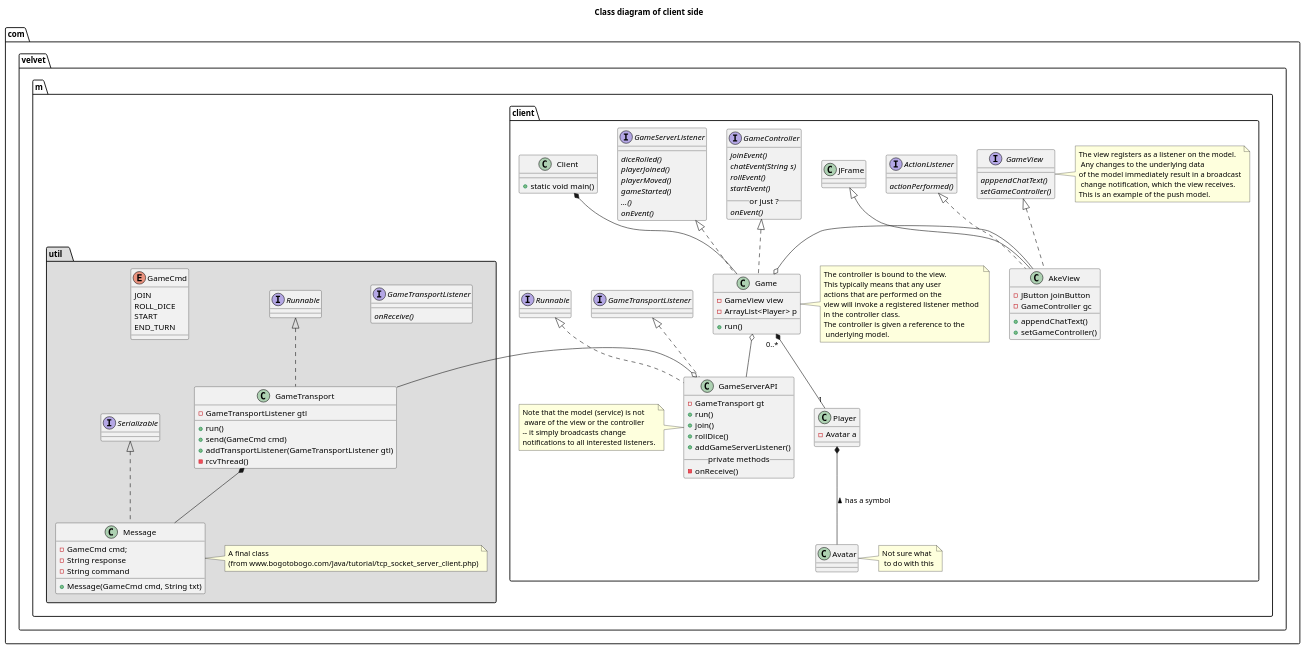
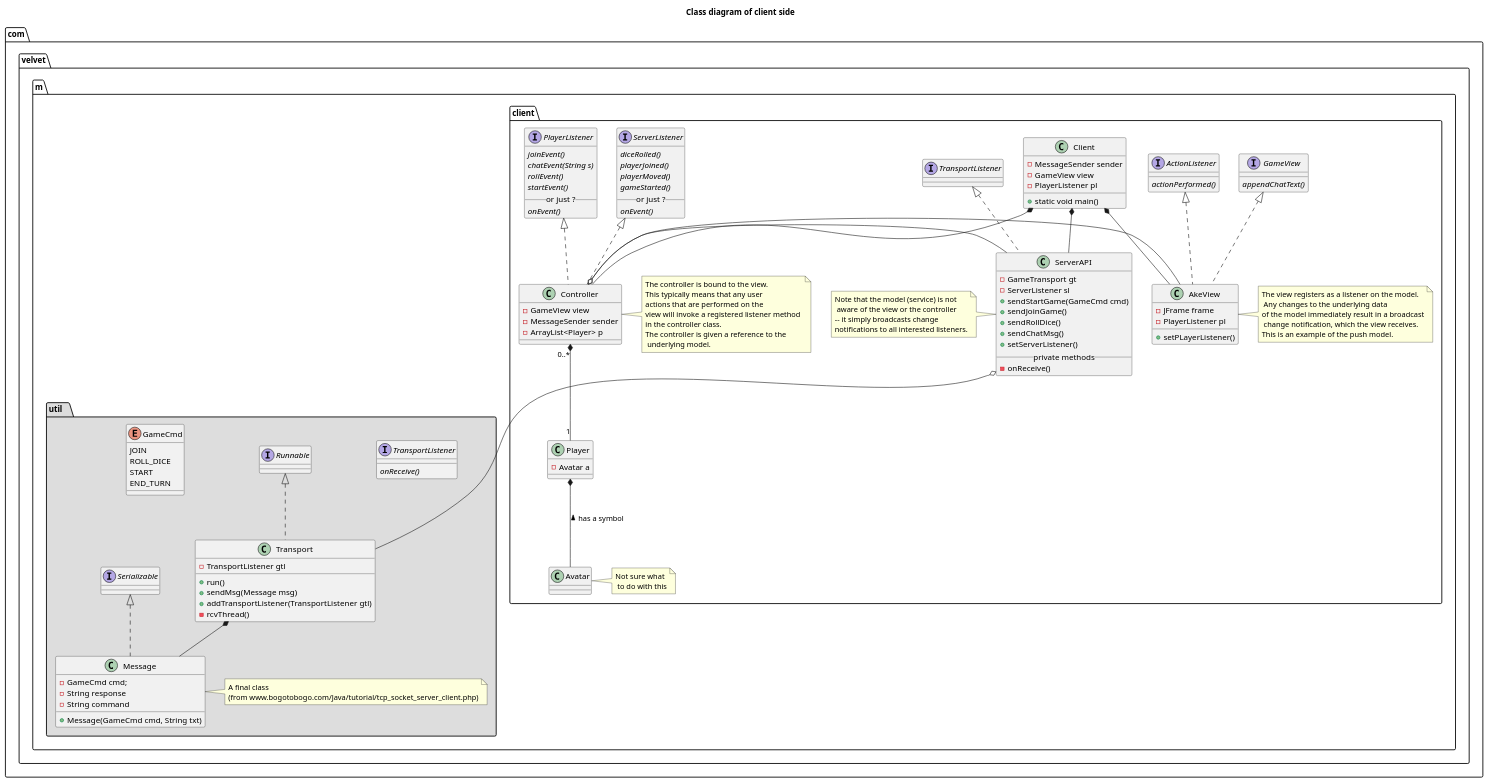
Before and after one commit to bombjack99/silly: the diagram in m/uml/Client_class.puml, drawn with PlantUML. The commit also changed 1 other file, not shown here.

Commit message:
Updated UML (client class diagram)

```diff
--- a/m/uml/Client_class.puml
+++ b/m/uml/Client_class.puml
@@ -1,113 +1,116 @@
 @startuml
 
 title Class diagram of client side
 
 package com.velvet.m.client {
 
-interface GameServerListener{
+interface ServerListener{
 {abstract} diceRolled()
 {abstract} playerJoined()
 {abstract} playerMoved()
 {abstract} gameStarted()
-{abstract} ...()
+__ or just ? __
 {abstract} onEvent()
 }
+
 interface ActionListener {
 {abstract} actionPerformed()
 }
 
-interface GameController {
+interface PlayerListener {
 {abstract} joinEvent()
 {abstract} chatEvent(String s)
 {abstract} rollEvent()
 {abstract} startEvent()
 __ or just ? __
 {abstract} onEvent()
 }
 
 interface GameView {
-{abstract} apppendChatText()
-{abstract} setGameController()
-}
-
-package "com.velvet.m.util   " #DDDDDD {
-interface GameTransportListener {
-{abstract} onReceive()
-}
+{abstract} appendChatText()
 }
 
 class Client {
+- MessageSender sender
+- GameView view
+- PlayerListener pl
 + static void main()
 }
 
-class Game implements GameController {
+class Controller implements PlayerListener, ServerListener {
 - GameView view
+- MessageSender sender
 - ArrayList<Player> p
-+ run()
 }
-note right of Game: The controller is bound to the view. \nThis typically means that any user \nactions that are performed on the \nview will invoke a registered listener method \nin the controller class. \nThe controller is given a reference to the\n underlying model.
+note right of Controller: The controller is bound to the view. \nThis typically means that any user \nactions that are performed on the \nview will invoke a registered listener method \nin the controller class. \nThe controller is given a reference to the\n underlying model.
 
-class AkeView extends JFrame implements GameView, ActionListener {
-- JButton joinButton
-- GameController gc
-+ appendChatText()
-+ setGameController()
+class AkeView implements GameView, ActionListener {
+- JFrame frame
+- PlayerListener pl
++ setPLayerListener()
 }
-note right of (GameView): The view registers as a listener on the model.\n Any changes to the underlying data \nof the model immediately result in a broadcast\n change notification, which the view receives. \nThis is an example of the push model.
+note right of (AkeView): The view registers as a listener on the model.\n Any changes to the underlying data \nof the model immediately result in a broadcast\n change notification, which the view receives. \nThis is an example of the push model.
 
 class Player {
 - Avatar a
 }
 
 class Avatar
 note right: Not sure what\n to do with this
 
-class GameServerAPI implements Runnable, GameTransportListener {
+class ServerAPI implements TransportListener {
 - GameTransport gt
-+run()
-+join()
-+rollDice()
-+ addGameServerListener()
+- ServerListener sl
++ sendStartGame(GameCmd cmd)
++ sendJoinGame()
++ sendRollDice()
++ sendChatMsg()
++ setServerListener()
 __  private methods  __
 - onReceive()
 }
-note left of GameServerAPI: Note that the model (service) is not\n aware of the view or the controller \n-- it simply broadcasts change \nnotifications to all interested listeners.
+note left of ServerAPI: Note that the model (service) is not\n aware of the view or the controller \n-- it simply broadcasts change \nnotifications to all interested listeners.
 
 package "com.velvet.m.util   " #DDDDDD {
-class GameTransport implements Runnable {
-- GameTransportListener gtl
-+ run()
-+ send(GameCmd cmd)
-+ addTransportListener(GameTransportListener gtl)
-- rcvThread()
+interface TransportListener {
+  {abstract} onReceive()
  }
 
-  class Message implements Serializable {
- 	- GameCmd cmd;
- 	- String response
- 	- String command
- 	+ Message(GameCmd cmd, String txt)
+class Transport implements Runnable {
+ - TransportListener gtl
+ + run()
+ + sendMsg(Message msg)
+ + addTransportListener(TransportListener gtl)
+ - rcvThread()
+ }
+
+ class Message implements Serializable {
+  - GameCmd cmd;
+  - String response
+  - String command
+  + Message(GameCmd cmd, String txt)
  }
  note right of Message: A final class \n(from www.bogotobogo.com/Java/tutorial/tcp_socket_server_client.php)
 
  enum GameCmd {
- JOIN
- ROLL_DICE
- START
- END_TURN
+  JOIN
+  ROLL_DICE
+  START
+  END_TURN
  }
 }
 
-GameServerListener <|.. Game
-Game "0..*" *-- "1" Player
+Client *-- Controller
+Client *-- AkeView
+Client *-- ServerAPI
+Controller "0..*" *-- "1" Player
 Player *-- Avatar : has a symbol <
-Game o-- GameServerAPI
-GameServerAPI o- GameTransport
-Game o- AkeView
-Client *-- Game
-GameTransport *-- Message
+Controller o- ServerAPI
+ServerAPI o--- Transport
+Controller o- AkeView
+Transport *-- Message
 
 
 
 
 @enduml
```
